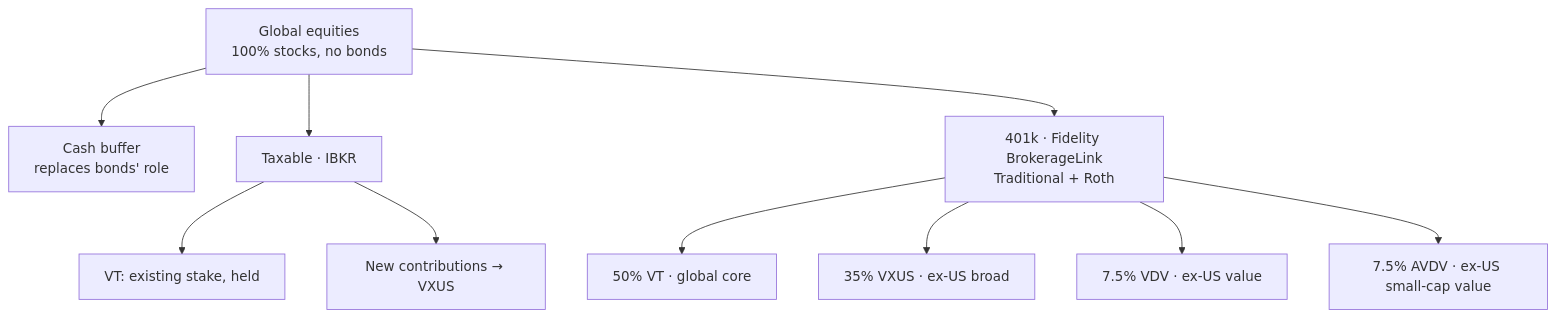
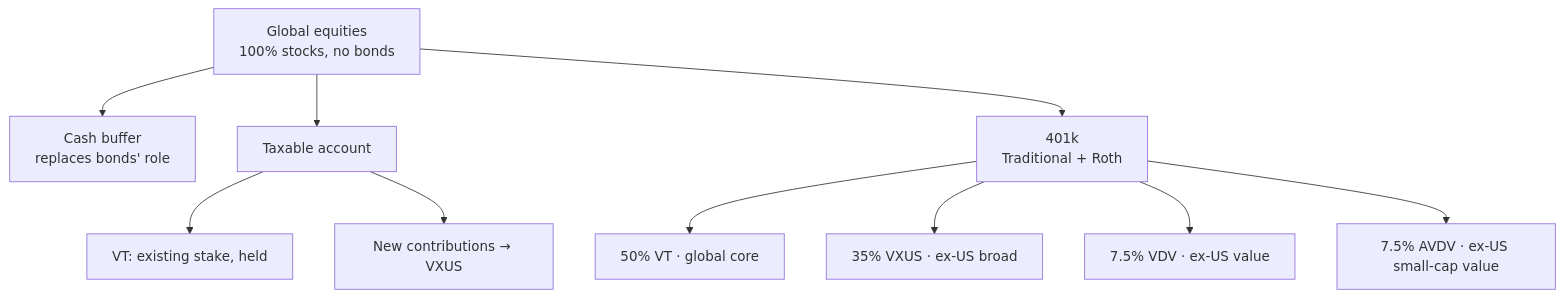
Before and after one commit to JasonSooter/functionalStoic: the first of 7 diagrams in content/Investment Philosphy.md, drawn with Mermaid. The commit also changed other lines of this file, not shown here.

````diff
--- a/content/Investment Philosphy.md
+++ b/content/Investment Philosphy.md
@@ -28,12 +28,12 @@
 ```mermaid
 flowchart TD
     A[Global equities<br/>100% stocks, no bonds] --> B[Cash buffer<br/>replaces bonds' role]
-    A --> C[Taxable · IBKR]
-    A --> D[401k · Fidelity BrokerageLink<br/>Traditional + Roth]
+    A --> C[Taxable account]
+    A --> D[401k<br/>Traditional + Roth]
     C --> C1[VT: existing stake, held]
     C --> C2[New contributions → VXUS]
     D --> D1[50% VT · global core]
     D --> D2[35% VXUS · ex-US broad]
     D --> D3[7.5% VDV · ex-US value]
     D --> D4[7.5% AVDV · ex-US small-cap value]
 ```
````
